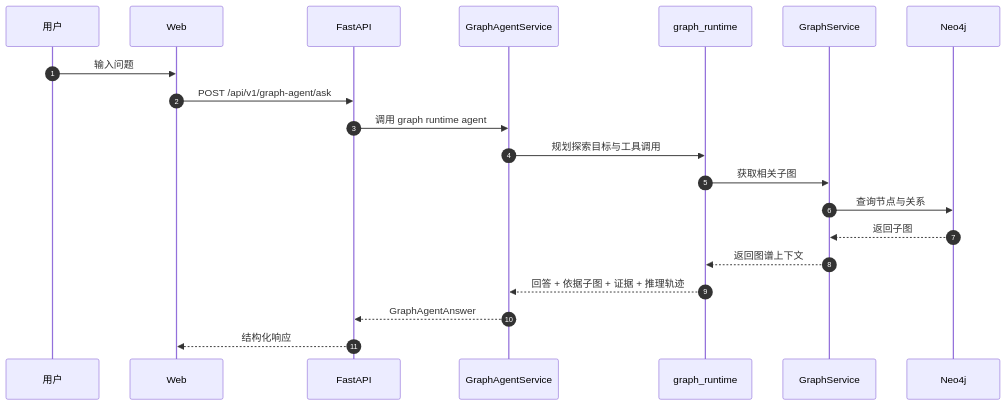
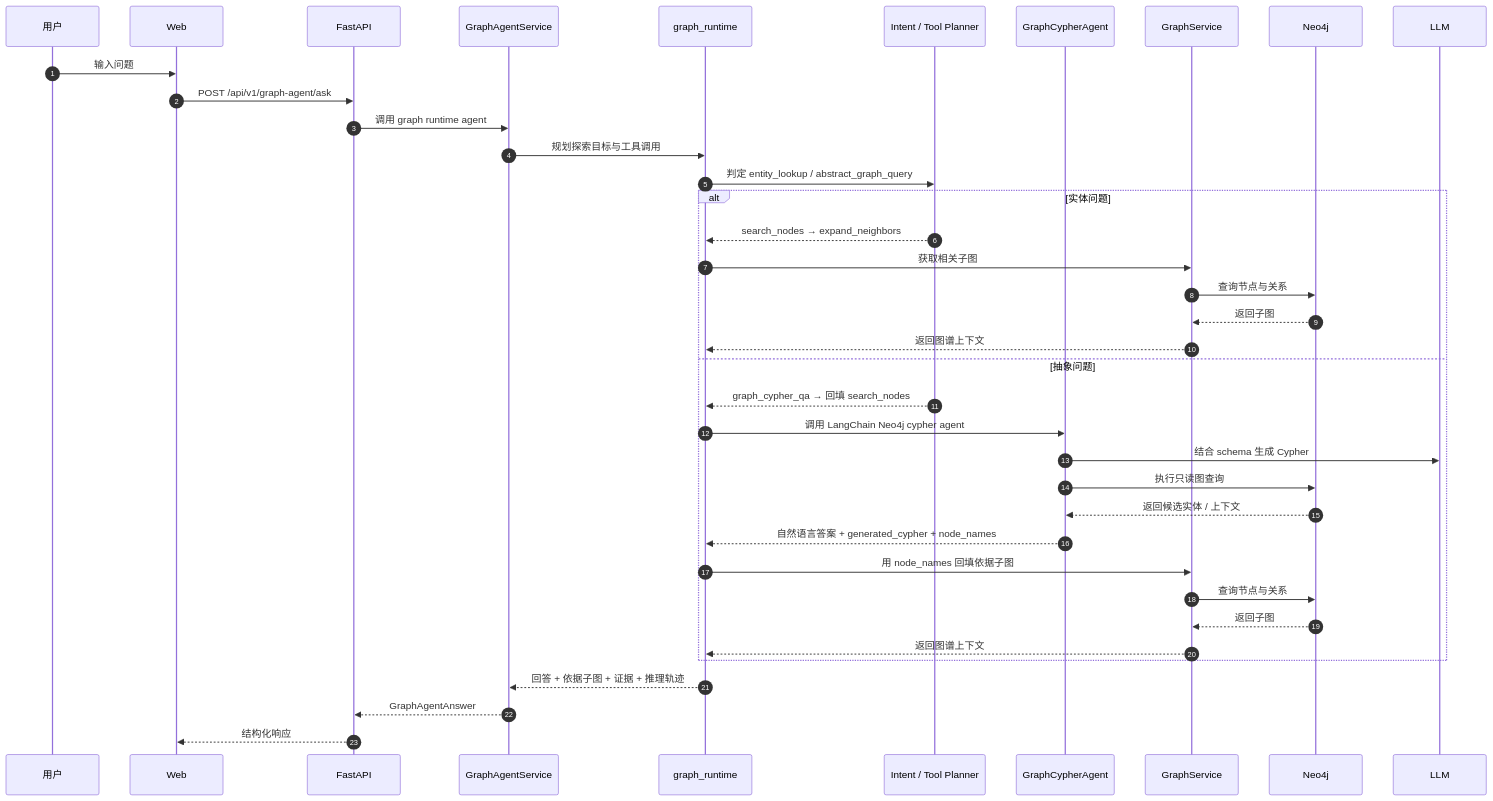
The second of 3 diagrams in docs/architecture/system-overview.md (ticoAg/BaiCao), drawn with Mermaid before and after one commit. The commit also changed other lines of this file and 8 other files, not shown here.

Commit message:
feat(graph-agent): support complex graph cypher queries

````diff
--- a/docs/architecture/system-overview.md
+++ b/docs/architecture/system-overview.md
@@ -130,23 +130,41 @@
 ```mermaid
 sequenceDiagram
     autonumber
     participant User as 用户
     participant Web as Web
     participant API as FastAPI
     participant Agent as GraphAgentService
     participant Runtime as graph_runtime
+    participant Planner as Intent / Tool Planner
+    participant Cypher as GraphCypherAgent
     participant Graph as GraphService
     participant Neo4j as Neo4j
+    participant LLM as LLM
 
     User->>Web: 输入问题
     Web->>API: POST /api/v1/graph-agent/ask
     API->>Agent: 调用 graph runtime agent
     Agent->>Runtime: 规划探索目标与工具调用
-    Runtime->>Graph: 获取相关子图
-    Graph->>Neo4j: 查询节点与关系
-    Neo4j-->>Graph: 返回子图
-    Graph-->>Runtime: 返回图谱上下文
+    Runtime->>Planner: 判定 entity_lookup / abstract_graph_query
+    alt 实体问题
+        Planner-->>Runtime: search_nodes → expand_neighbors
+        Runtime->>Graph: 获取相关子图
+        Graph->>Neo4j: 查询节点与关系
+        Neo4j-->>Graph: 返回子图
+        Graph-->>Runtime: 返回图谱上下文
+    else 抽象问题
+        Planner-->>Runtime: graph_cypher_qa → 回填 search_nodes
+        Runtime->>Cypher: 调用 LangChain Neo4j cypher agent
+        Cypher->>LLM: 结合 schema 生成 Cypher
+        Cypher->>Neo4j: 执行只读图查询
+        Neo4j-->>Cypher: 返回候选实体 / 上下文
+        Cypher-->>Runtime: 自然语言答案 + generated_cypher + node_names
+        Runtime->>Graph: 用 node_names 回填依据子图
+        Graph->>Neo4j: 查询节点与关系
+        Neo4j-->>Graph: 返回子图
+        Graph-->>Runtime: 返回图谱上下文
+    end
     Runtime-->>Agent: 回答 + 依据子图 + 证据 + 推理轨迹
     Agent-->>API: GraphAgentAnswer
     API-->>Web: 结构化响应
 ```
````
